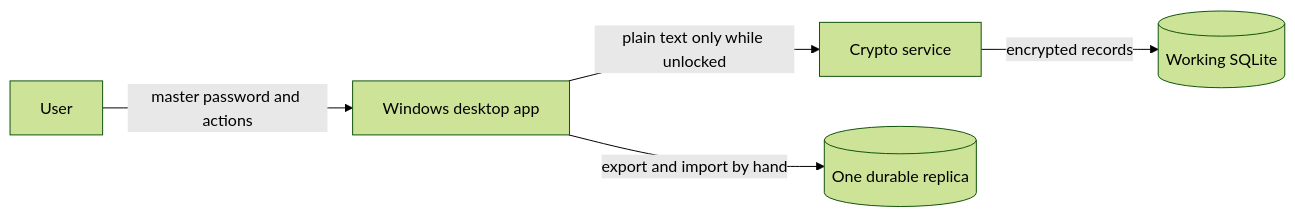
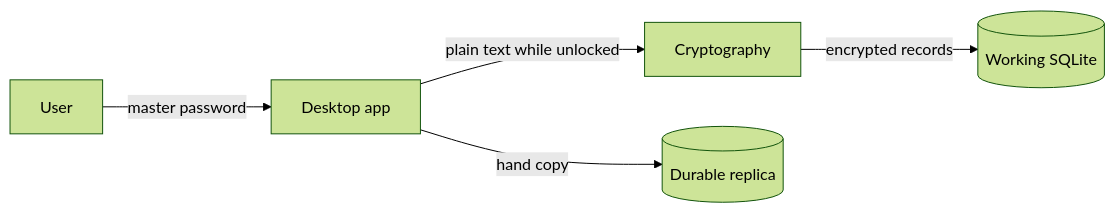
Before and after one commit to Oak2Cube/KeyHolder: the diagram in docs/architecture.md, drawn with Mermaid (forest theme). The commit also changed other lines of this file and 20 other files, not shown here.

````diff
--- a/docs/architecture.md
+++ b/docs/architecture.md
@@ -51,7 +56,7 @@
 ```mermaid
 flowchart LR
-    U[User] -->|master password and actions| A[Windows desktop app]
-    A -->|plain text only while unlocked| C[Crypto service]
+    U[User] -->|master password| A[Desktop app]
+    A -->|plain text while unlocked| C[Cryptography]
     C -->|encrypted records| L[(Working SQLite)]
-    A -->|export and import by hand| R[(One durable replica)]
+    A -->|hand copy| R[(Durable replica)]
 ```
````
